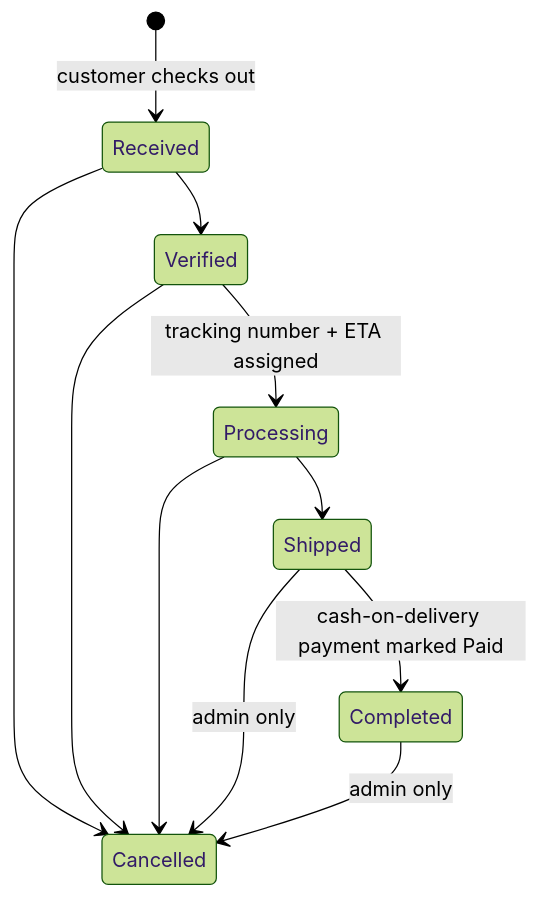
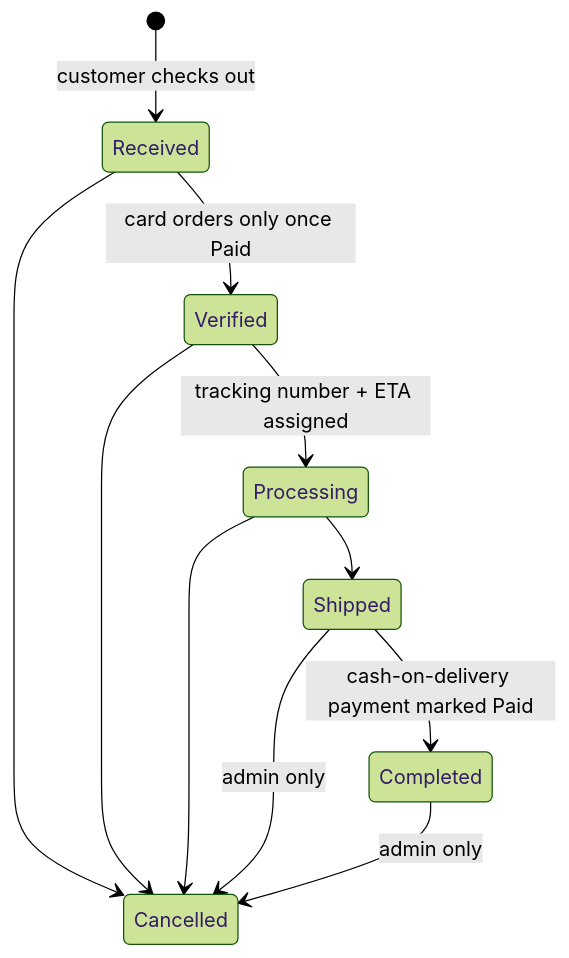
Before and after one commit to ElionKrasniqi0/HikingStore: the diagram in docs/admin-guide.md, drawn with Mermaid (forest theme). The commit also changed other lines of this file and 55 other files, not shown here.

````diff
--- a/docs/admin-guide.md
+++ b/docs/admin-guide.md
@@ -47,13 +47,13 @@
 ```mermaid
 stateDiagram-v2
     [*] --> Received: customer checks out
-    Received --> Verified
+    Received --> Verified: card orders only once Paid
     Verified --> Processing: tracking number + ETA assigned
     Processing --> Shipped
     Shipped --> Completed: cash-on-delivery payment marked Paid
     Received --> Cancelled
     Verified --> Cancelled
     Processing --> Cancelled
     Shipped --> Cancelled: admin only
     Completed --> Cancelled: admin only
 ```
````
